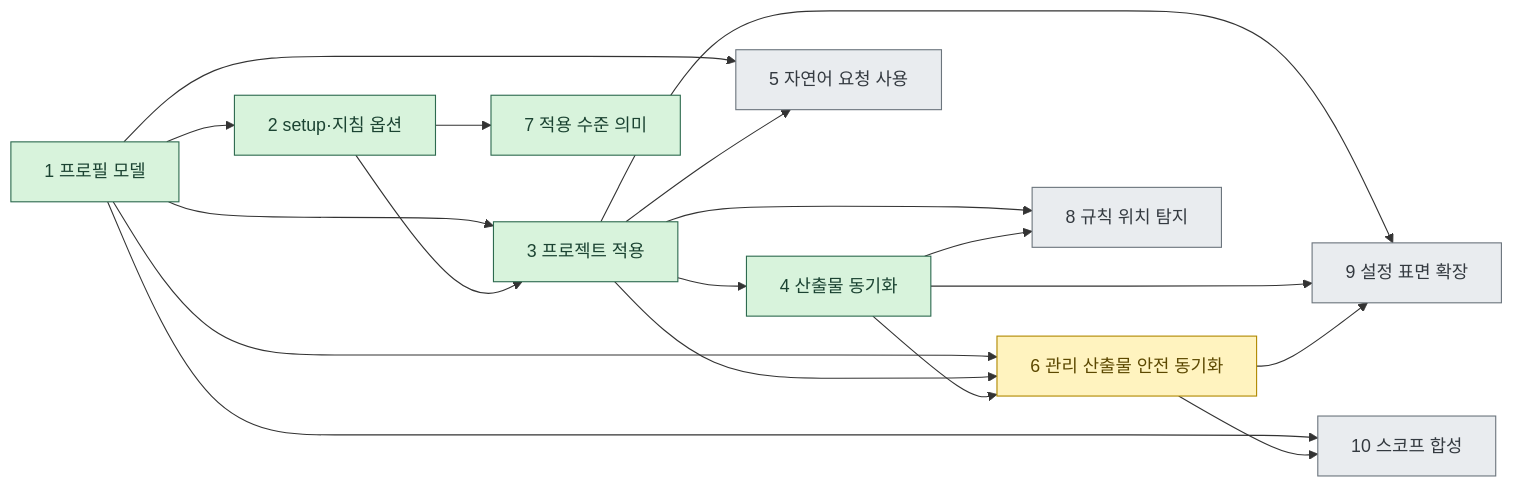
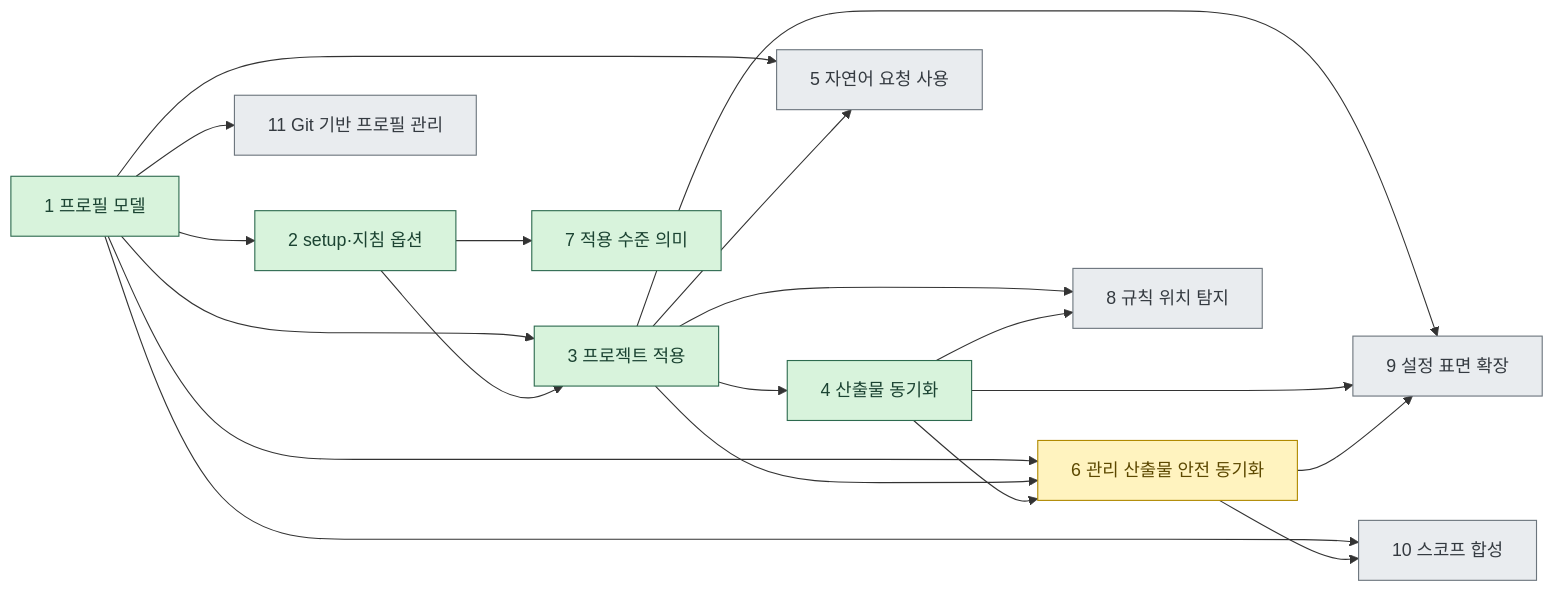
Before and after one commit to IsthisLee/agent-context-manager: the diagram in docs/discussion/architecture/README.md, drawn with Mermaid. The commit also changed other lines of this file and 2 other files, not shown here.

Commit message:
docs: Git 기반 프로필 관리 논의 추가
팀·조직이 프로필을 표준 Git 원격으로 공유하고 안전하게 갱신하는 계약(profile clone/status/pull/push/connect, pull과 sync 분리, fast-forward 전용 갱신, 적용 revision 기록)을 Proposed 논의로 추가한다. 논의 색인에 11단계로 등록하고 프로필 모델 논의의 후속·연관 제안에 연결한다.

````diff
--- a/docs/discussion/architecture/README.md
+++ b/docs/discussion/architecture/README.md
@@ -26,26 +27,27 @@
 ```mermaid
 flowchart LR
   S1["1 프로필 모델"] --> S2["2 setup·지침 옵션"]
   S1 --> S3["3 프로젝트 적용"]
   S2 --> S3
   S3 --> S4["4 산출물 동기화"]
   S1 --> S5["5 자연어 요청 사용"]
   S3 --> S5
   S1 --> S6["6 관리 산출물 안전 동기화"]
   S3 --> S6
   S4 --> S6
   S2 --> S7["7 적용 수준 의미"]
   S3 --> S8["8 규칙 위치 탐지"]
   S4 --> S8
   S3 --> S9["9 설정 표면 확장"]
   S4 --> S9
   S6 --> S9
   S1 --> S10["10 스코프 합성"]
   S6 --> S10
+  S1 --> S11["11 Git 기반 프로필 관리"]
   classDef done fill:#d8f3dc,stroke:#2d6a4f,color:#1b4332
   classDef doing fill:#fff3bf,stroke:#b08900,color:#5c4800
   classDef todo fill:#e9ecef,stroke:#6c757d,color:#343a40
   class S1,S2,S3,S4,S7 done
   class S6 doing
-  class S5,S8,S9,S10 todo
+  class S5,S8,S9,S10,S11 todo
 ```
````
